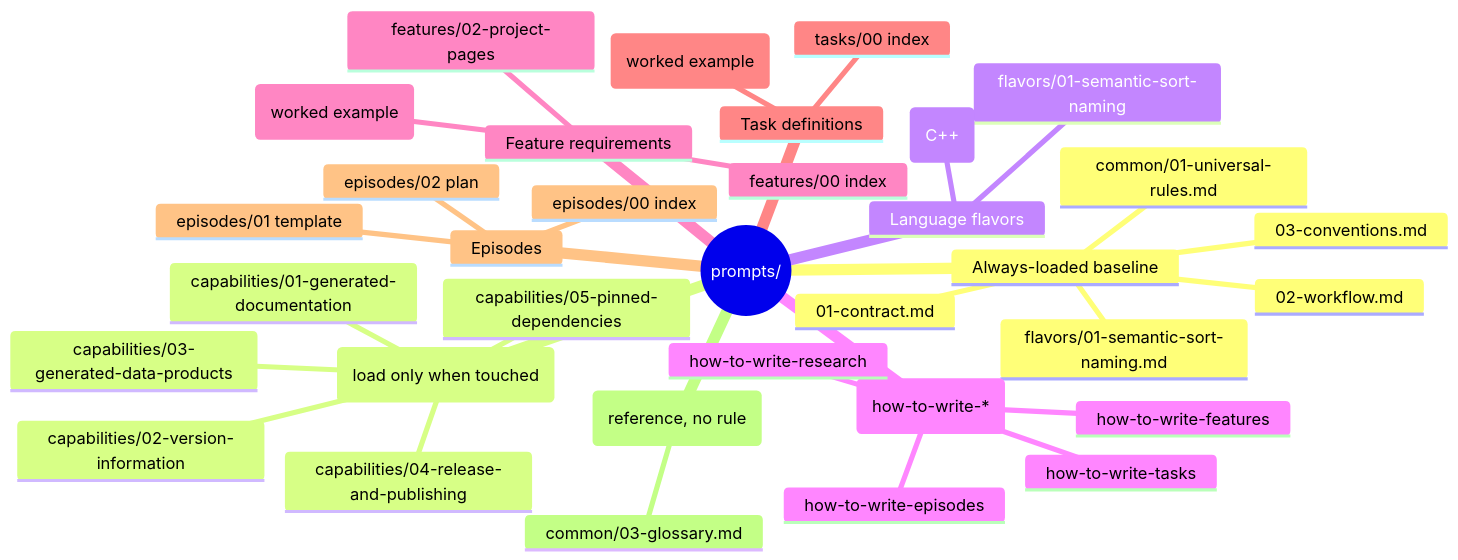
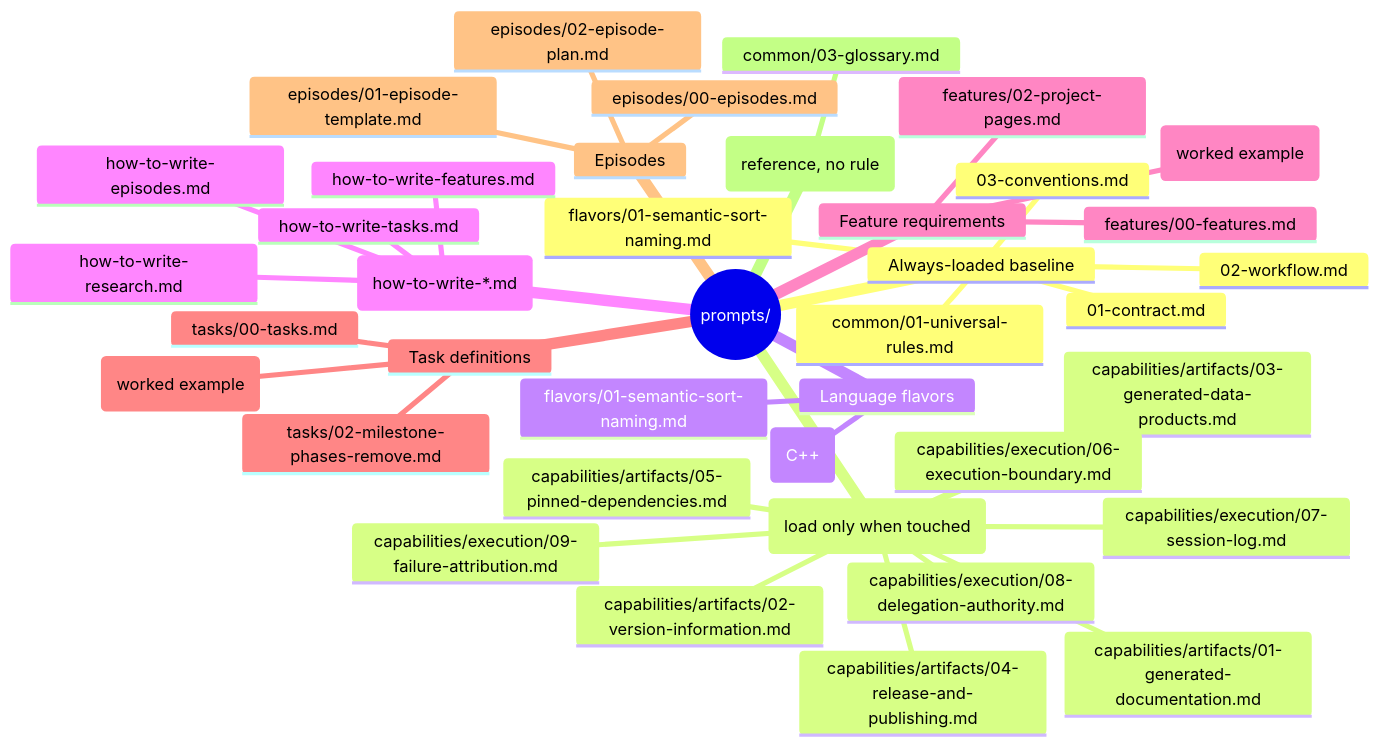
One commit to pbannister/00-project-skeleton changed the diagram in documents/08-prompt-corpus-mindmap.md. Above: the diagram before and after it, drawn with Mermaid. The commit also changed other lines of this file and 16 other files, not shown here.

````diff
--- a/documents/08-prompt-corpus-mindmap.md
+++ b/documents/08-prompt-corpus-mindmap.md
@@ -9,37 +17,42 @@
 ```mermaid
 mindmap
   root((prompts/))
     Always-loaded baseline
       01-contract.md
       02-workflow.md
       03-conventions.md
       common/01-universal-rules.md
       flavors/01-semantic-sort-naming.md
     Capabilities (load only when touched)
-      capabilities/01-generated-documentation
-      capabilities/02-version-information
-      capabilities/03-generated-data-products
-      capabilities/04-release-and-publishing
-      capabilities/05-pinned-dependencies
+      capabilities/artifacts/01-generated-documentation.md
+      capabilities/artifacts/02-version-information.md
+      capabilities/artifacts/03-generated-data-products.md
+      capabilities/artifacts/04-release-and-publishing.md
+      capabilities/artifacts/05-pinned-dependencies.md
+      capabilities/execution/06-execution-boundary.md
+      capabilities/execution/07-session-log.md
+      capabilities/execution/08-delegation-authority.md
+      capabilities/execution/09-failure-attribution.md
     Language flavors
-      flavors/01-semantic-sort-naming
-      flavors/02-cpp-conventions (C++)
-    Authoring guides (how-to-write-*)
-      how-to-write-tasks
-      how-to-write-features
-      how-to-write-episodes
-      how-to-write-research
+      flavors/01-semantic-sort-naming.md
+      flavors/02-cpp-conventions.md (C++)
+    Authoring guides (how-to-write-*.md)
+      how-to-write-tasks.md
+      how-to-write-features.md
+      how-to-write-episodes.md
+      how-to-write-research.md
     Feature requirements
-      features/00 index
-      features/01-site-build (worked example)
-      features/02-project-pages
+      features/00-features.md
+      features/01-site-build.md (worked example)
+      features/02-project-pages.md
     Task definitions
-      tasks/00 index
-      tasks/01-site-build-implement (worked example)
+      tasks/00-tasks.md
+      tasks/01-site-build-implement.md (worked example)
+      tasks/02-milestone-phases-remove.md
     Episodes
-      episodes/00 index
-      episodes/01 template
-      episodes/02 plan
+      episodes/00-episodes.md
+      episodes/01-episode-template.md
+      episodes/02-episode-plan.md
     Glossary (reference, no rule)
       common/03-glossary.md
 ```
````
